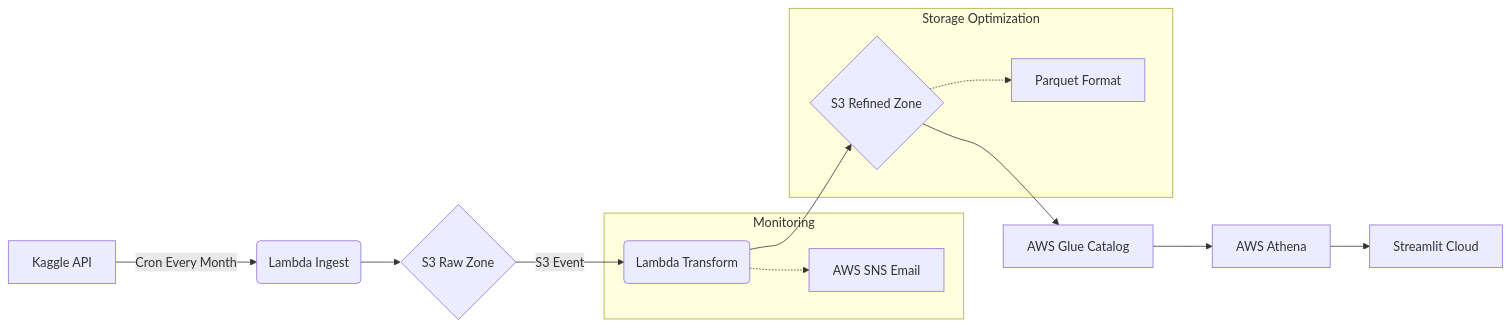
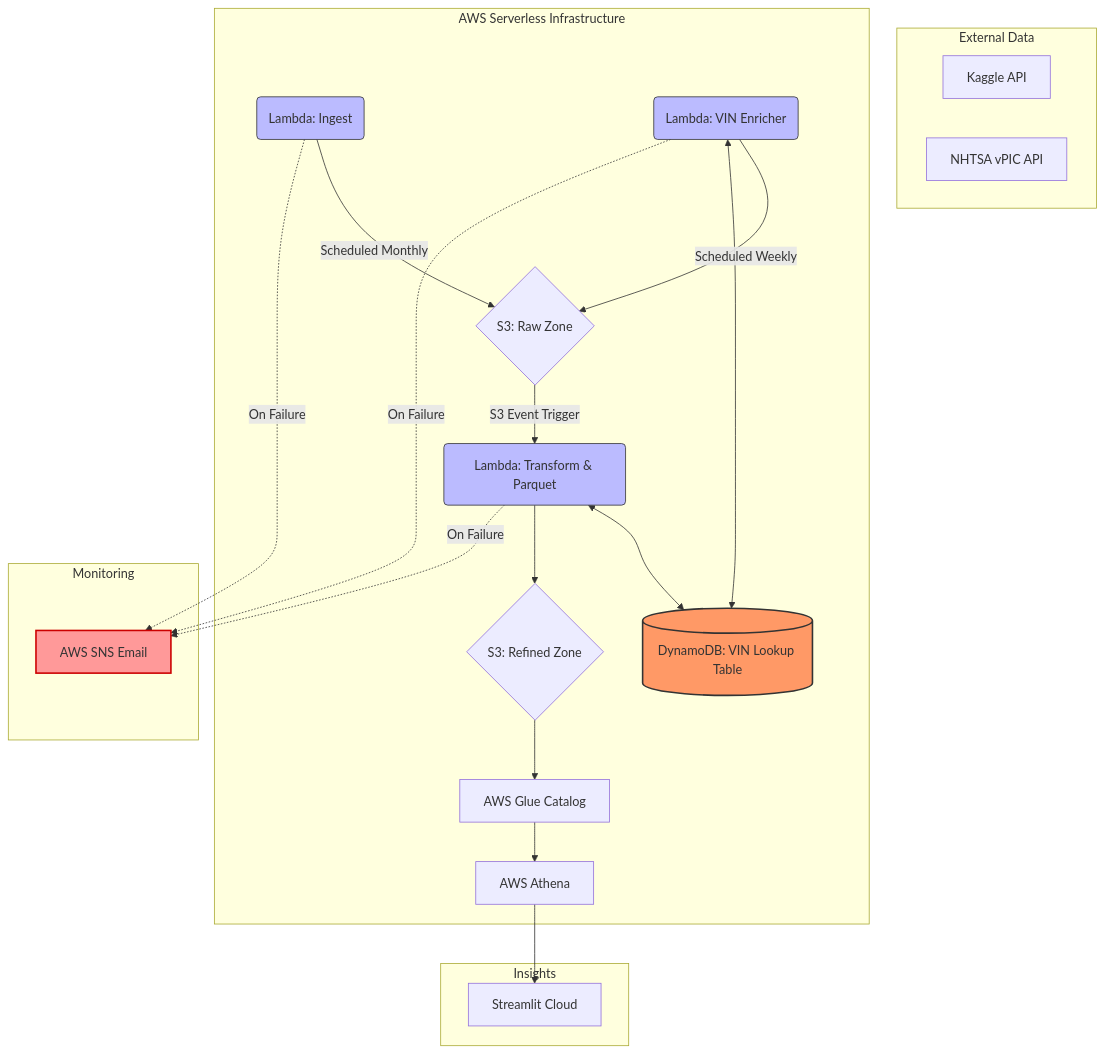
The diagram in README.md (kondimidi/ds_cloud_project), drawn with Mermaid before and after one commit. The commit also changed other lines of this file and 2 other files, not shown here.

Commit message:
feat: integrates DynamoDB enrichment and fuzzy matching

````diff
--- a/README.md
+++ b/README.md
@@ -15,18 +15,42 @@
 ```mermaid
-graph LR
-	A[Kaggle API] -- Cron Every Month --> B(Lambda Ingest)
-	B --> C{S3 Raw Zone}
-	C -- S3 Event --> D(Lambda Transform)
-	D --> E{S3 Refined Zone}
-	E --> F[AWS Glue Catalog]
-	F --> G[AWS Athena]
-	G --> H[Streamlit Cloud]
-	
-	subgraph Monitoring
-	D -.-> I[AWS SNS Email]
-	end
+graph TD
+    subgraph External_Sources [External Data]
+        K[Kaggle API]
+        N[NHTSA vPIC API]
+    end
 
-	subgraph Storage Optimization
-	E -.-> J[Parquet Format]
-	end
+    subgraph AWS_Cloud [AWS Serverless Infrastructure]
+        L1(Lambda: Ingest) -- Scheduled Monthly --> S3R{S3: Raw Zone}
+        
+        S3R -- S3 Event Trigger --> L2(Lambda: Transform & Parquet)
+        
+        L3(Lambda: VIN Enricher) -- Scheduled Weekly --> S3R
+        L3 <--> DDB[(DynamoDB: VIN Lookup Table)]
+
+        L2 <--> DDB
+        L2 --> S3P{S3: Refined Zone}
+        
+        S3P --> GC[AWS Glue Catalog]
+        GC --> AT[AWS Athena]
+    end
+
+    subgraph Monitoring [Monitoring]
+        SNS[AWS SNS Email]
+    end
+
+    %% Połączenia monitoringu
+    L1 -.->|On Failure| SNS
+    L2 -.->|On Failure| SNS
+    L3 -.->|On Failure| SNS
+
+    subgraph Presentation [Insights]
+        AT --> ST[Streamlit Cloud]
+    end
+
+    %% Style
+    style DDB fill:#f96,stroke:#333,stroke-width:2px
+    style L1 fill:#bbf,stroke:#333,stroke-width:1px
+    style L2 fill:#bbf,stroke:#333,stroke-width:1px
+    style L3 fill:#bbf,stroke:#333,stroke-width:1px
+    style SNS fill:#ff9999,stroke:#cc0000,stroke-width:2px
 ```
````
